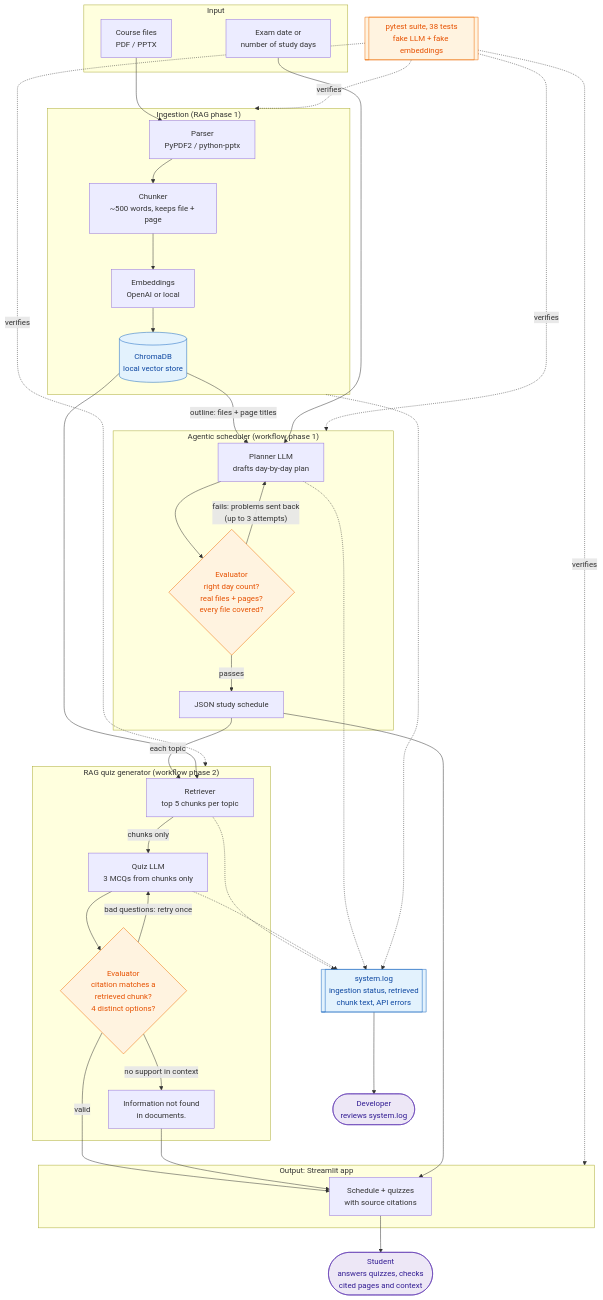
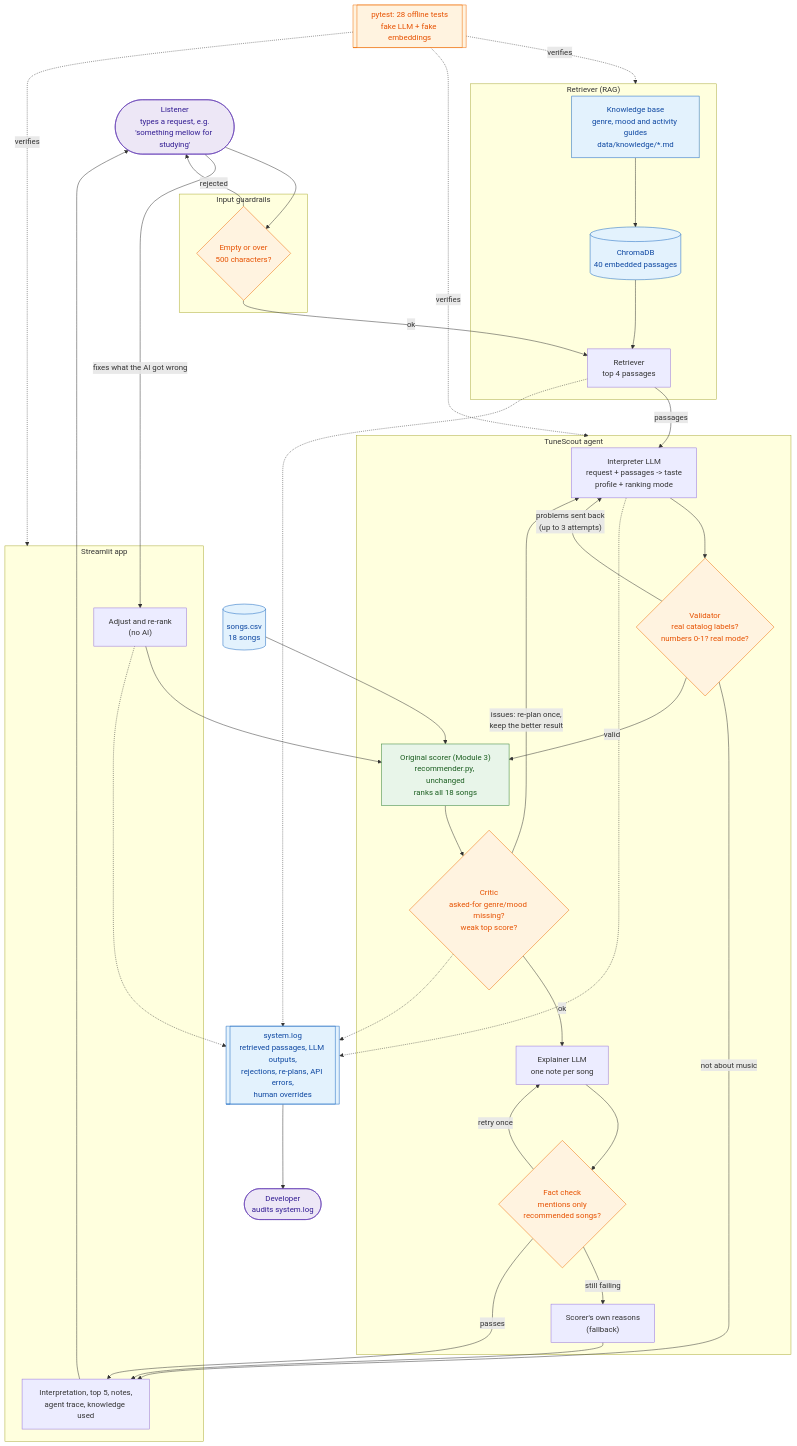
The diagram in diagrams/architecture.mmd (difeanyi/applied-ai-system-project), drawn with Mermaid before and after one commit. The commit also changed 41 other files, not shown here.

First line of the commit message:
feat: Implement core functionality for music recommendation system

```diff
--- a/diagrams/architecture.mmd
+++ b/diagrams/architecture.mmd
@@ -1,78 +1,77 @@
-%% Data-Driven Study Syllabus and Quiz Generator: system architecture
-%% Flow: input -> ingestion (RAG 1) -> agentic scheduler -> RAG quiz generator -> output
-%% Dashed arrows = logging. Purple = human checks. Orange = automated testing/evaluation.
+%% TuneScout AI: system architecture
+%% Extends the Module 3 Music Recommender Simulation (TuneScout 1.0).
+%% Flow: plain-language request -> RAG -> agent (interpret, validate, rank, critique, explain) -> UI
+%% Dashed arrows = logging and testing. Purple = humans. Orange = automated checks (evaluators).
 
 flowchart TD
-    %% ---------- Input ----------
-    subgraph INPUT["Input"]
-        Files["Course files<br/>PDF / PPTX"]
-        Days["Exam date or<br/>number of study days"]
+    User(["Listener<br/>types a request, e.g.<br/>'something mellow for studying'"])
+
+    subgraph INPUT["Input guardrails"]
+        Guard{"Empty or over<br/>500 characters?"}
     end
 
-    %% ---------- RAG phase 1 ----------
-    subgraph INGEST["Ingestion (RAG phase 1)"]
-        Parser["Parser<br/>PyPDF2 / python-pptx"]
-        Chunker["Chunker<br/>~500 words, keeps file + page"]
-        Embed["Embeddings<br/>OpenAI or local"]
-        DB[("ChromaDB<br/>local vector store")]
+    subgraph RAG["Retriever (RAG)"]
+        KB["Knowledge base<br/>genre, mood and activity guides<br/>data/knowledge/*.md"]
+        Chroma[("ChromaDB<br/>40 embedded passages")]
+        Retriever["Retriever<br/>top 4 passages"]
     end
 
-    %% ---------- Workflow phase 1 ----------
-    subgraph AGENT["Agentic scheduler (workflow phase 1)"]
-        Planner["Planner LLM<br/>drafts day-by-day plan"]
-        PlanCheck{"Evaluator<br/>right day count?<br/>real files + pages?<br/>every file covered?"}
-        Schedule["JSON study schedule"]
+    subgraph AGENT["TuneScout agent"]
+        Interpret["Interpreter LLM<br/>request + passages -> taste<br/>profile + ranking mode"]
+        Validate{"Validator<br/>real catalog labels?<br/>numbers 0-1? real mode?"}
+        Scorer["Original scorer (Module 3)<br/>recommender.py, unchanged<br/>ranks all 18 songs"]
+        Critic{"Critic<br/>asked-for genre/mood missing?<br/>weak top score?"}
+        Explain["Explainer LLM<br/>one note per song"]
+        FactCheck{"Fact check<br/>mentions only<br/>recommended songs?"}
+        Fallback["Scorer's own reasons<br/>(fallback)"]
     end
 
-    %% ---------- Workflow phase 2 / RAG phase 2 ----------
-    subgraph QUIZ["RAG quiz generator (workflow phase 2)"]
-        Retriever["Retriever<br/>top 5 chunks per topic"]
-        QuizLLM["Quiz LLM<br/>3 MCQs from chunks only"]
-        QuizCheck{"Evaluator<br/>citation matches a<br/>retrieved chunk?<br/>4 distinct options?"}
-        NotFound["Information not found<br/>in documents."]
+    Catalog[("songs.csv<br/>18 songs")]
+
+    subgraph UI["Streamlit app"]
+        Results["Interpretation, top 5, notes,<br/>agent trace, knowledge used"]
+        Adjust["Adjust and re-rank<br/>(no AI)"]
     end
 
-    %% ---------- Output ----------
-    subgraph OUTPUT["Output: Streamlit app"]
-        UI["Schedule + quizzes<br/>with source citations"]
-    end
+    Log[["system.log<br/>retrieved passages, LLM outputs,<br/>rejections, re-plans, API errors,<br/>human overrides"]]
+    Dev(["Developer<br/>audits system.log"])
+    Tests[["pytest: 28 offline tests<br/>fake LLM + fake embeddings"]]
 
-    Student(["Student<br/>answers quizzes, checks<br/>cited pages and context"])
-    Log[["system.log<br/>ingestion status, retrieved<br/>chunk text, API errors"]]
-    Dev(["Developer<br/>reviews system.log"])
-    Tests[["pytest suite, 38 tests<br/>fake LLM + fake embeddings"]]
+    User --> Guard
+    Guard -- "rejected" --> User
+    Guard -- ok --> Retriever
+    KB --> Chroma --> Retriever
+    Retriever -- "passages" --> Interpret
+    Interpret --> Validate
+    Validate -- "problems sent back<br/>(up to 3 attempts)" --> Interpret
+    Validate -- "not about music" --> Results
+    Validate -- valid --> Scorer
+    Catalog --> Scorer
+    Scorer --> Critic
+    Critic -- "issues: re-plan once,<br/>keep the better result" --> Interpret
+    Critic -- ok --> Explain
+    Explain --> FactCheck
+    FactCheck -- "retry once" --> Explain
+    FactCheck -- "still failing" --> Fallback --> Results
+    FactCheck -- passes --> Results
+    Results --> User
+    User -- "fixes what the AI got wrong" --> Adjust
+    Adjust --> Scorer
 
-    %% Main data flow
-    Files --> Parser --> Chunker --> Embed --> DB
-    DB -- "outline: files + page titles" --> Planner
-    Days --> Planner
-    Planner --> PlanCheck
-    PlanCheck -- "fails: problems sent back<br/>(up to 3 attempts)" --> Planner
-    PlanCheck -- passes --> Schedule
-    Schedule -- "each topic" --> Retriever
-    DB --> Retriever
-    Retriever -- "chunks only" --> QuizLLM
-    QuizLLM --> QuizCheck
-    QuizCheck -- "bad questions: retry once" --> QuizLLM
-    QuizCheck -- valid --> UI
-    QuizCheck -- "no support in context" --> NotFound --> UI
-    Schedule --> UI
-    UI --> Student
-
-    %% Logging and human/test checks
-    INGEST -.-> Log
     Retriever -.-> Log
-    QuizLLM -.-> Log
-    Planner -.-> Log
+    Interpret -.-> Log
+    Critic -.-> Log
+    Adjust -.-> Log
     Log --> Dev
-    Tests -. "verifies" .-> INGEST
+    Tests -. "verifies" .-> RAG
     Tests -. "verifies" .-> AGENT
-    Tests -. "verifies" .-> QUIZ
-    Tests -. "verifies" .-> OUTPUT
+    Tests -. "verifies" .-> UI
 
     classDef human fill:#ede7f6,stroke:#5e35b1,color:#311b92
     classDef check fill:#fff3e0,stroke:#ef6c00,color:#e65100
     classDef store fill:#e3f2fd,stroke:#1565c0,color:#0d47a1
-    class Student,Dev human
-    class PlanCheck,QuizCheck,Tests check
-    class DB,Log store
+    classDef original fill:#e8f5e9,stroke:#2e7d32,color:#1b5e20
+    class User,Dev human
+    class Guard,Validate,Critic,FactCheck,Tests check
+    class Chroma,Catalog,Log,KB store
+    class Scorer original
```
